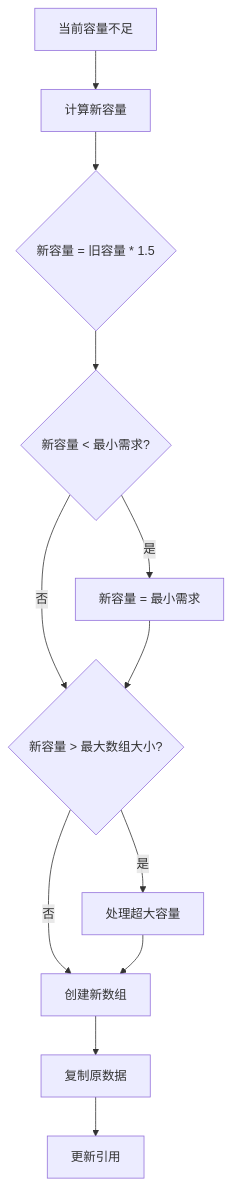
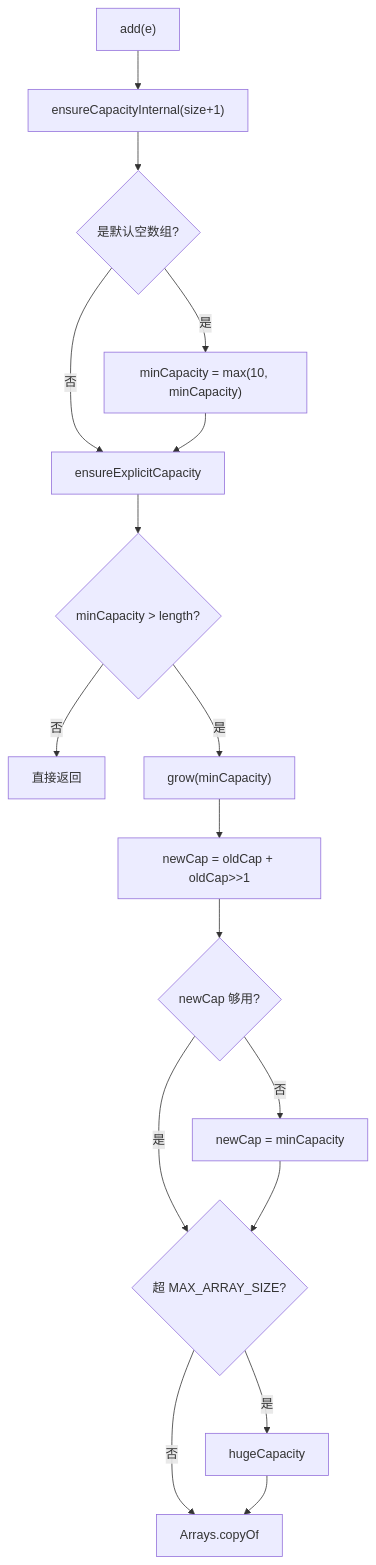
Before and after one commit to chongyang211/YCBookBlog: the third of 3 diagrams in 00.通用技术的提升/08.数据结构算法/13.工业级List设计思想.md, drawn with Mermaid. The commit also changed other lines of this file and 194 other files, not shown here.

````diff
--- a/00.通用技术的提升/08.数据结构算法/13.工业级List设计思想.md
+++ b/00.通用技术的提升/08.数据结构算法/13.工业级List设计思想.md
@@ -1106,14 +349,19 @@
 ```mermaid
 graph TD
-    A[当前容量不足] --> B[计算新容量]
-    B --> C{新容量 = 旧容量 * 1.5}
-    C --> D{新容量 < 最小需求?}
-    D -->|是| E[新容量 = 最小需求]
-    D -->|否| F{新容量 > 最大数组大小?}
-    E --> F
-    F -->|是| G[处理超大容量]
-    F -->|否| H[创建新数组]
-    G --> H
-    H --> I[复制原数据]
-    I --> J[更新引用]
+    A["add(e)"] --> B["ensureCapacityInternal(size+1)"]
+    B --> C{"是默认空数组?"}
+    C -->|是| D["minCapacity = max(10, minCapacity)"]
+    C -->|否| E["ensureExplicitCapacity"]
+    D --> E
+    E --> F{"minCapacity > length?"}
+    F -->|否| G[直接返回]
+    F -->|是| H["grow(minCapacity)"]
+    H --> I["newCap = oldCap + oldCap>>1"]
+    I --> J{"newCap 够用?"}
+    J -->|否| K["newCap = minCapacity"]
+    J -->|是| L{"超 MAX_ARRAY_SIZE?"}
+    K --> L
+    L -->|是| M["hugeCapacity"]
+    L -->|否| N["Arrays.copyOf"]
+    M --> N
 ```
````
